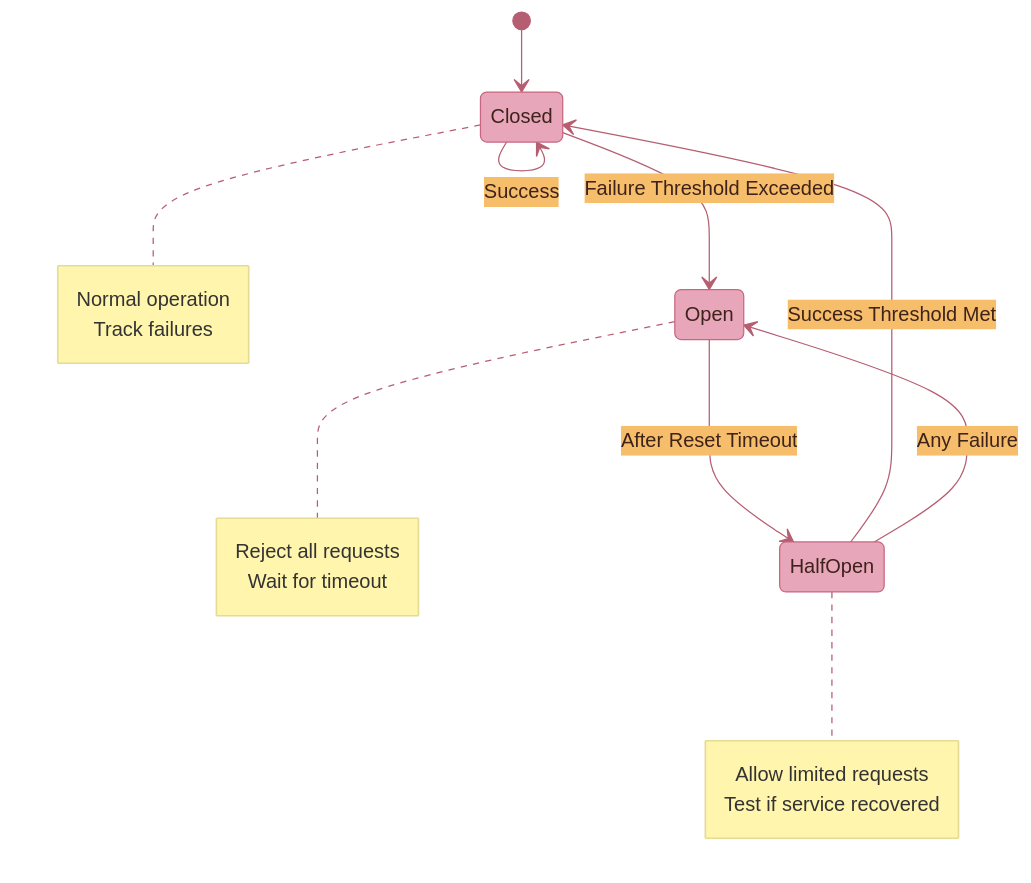
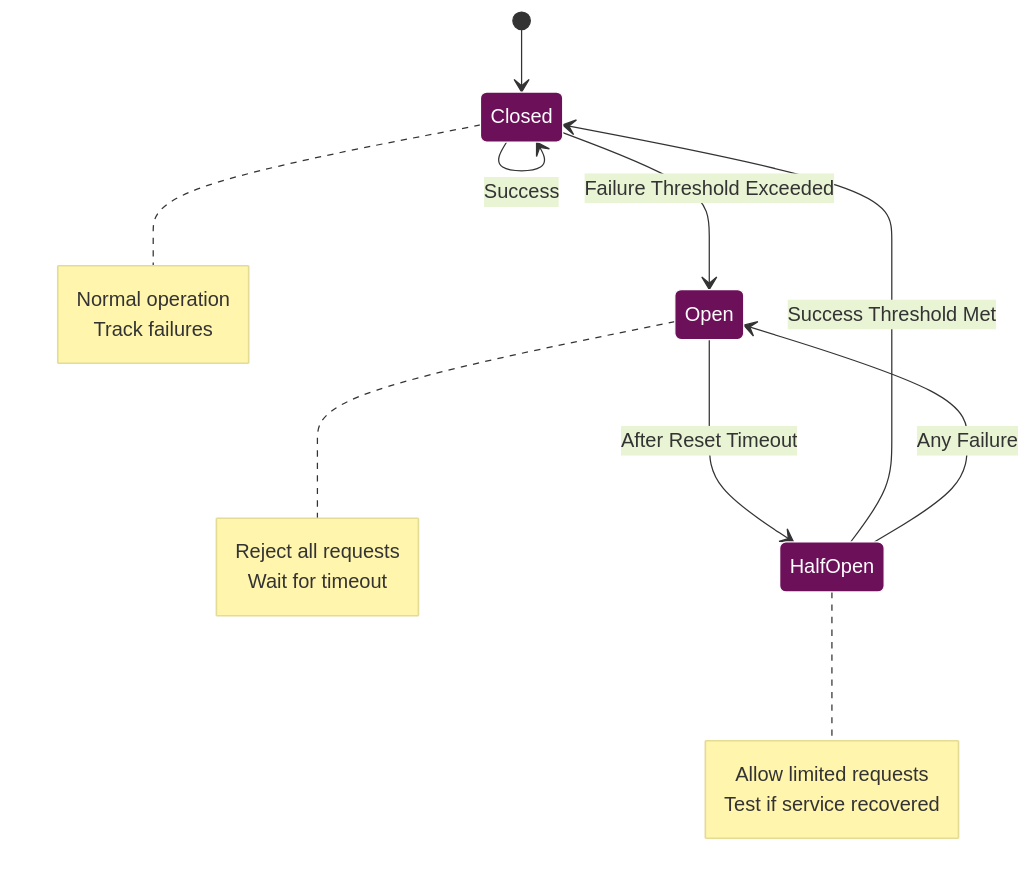
Before and after one commit to radicalkjax/Athena: diagram 13 of 24 in docs/ARCHITECTURE.md, drawn with Mermaid. The commit also changed other lines of this file and 27 other files, not shown here.

Commit message:
Introduction of expo package manager. Updated docs to reflect changes. Unified mermaid theme for docs.

````diff
--- a/docs/ARCHITECTURE.md
+++ b/docs/ARCHITECTURE.md
@@ -746,57 +832,80 @@
 ```mermaid
 %%{init: {
   'theme': 'base',
   'themeVariables': {
-    'primaryColor': '#E8A6BA',
-    'primaryTextColor': '#3E231A',
-    'primaryBorderColor': '#C86681',
-    'lineColor': '#B65E71',
-    'secondaryColor': '#F6BD6B',
-    'tertiaryColor': '#D58C61',
-    'background': '#FFFFFF',
-    'mainBkg': '#E8A6BA',
-    'secondBkg': '#F6BD6B',
-    'tertiaryBkg': '#D58C61',
-    'textColor': '#3E231A',
+    'primaryColor': '#6d105a',
+    'primaryTextColor': '#ffffff',
+    'primaryBorderColor': '#ffffff',
+    'lineColor': '#333333',
+    'secondaryColor': '#e8f4d4',
+    'secondaryTextColor': '#333333',
+    'secondaryBorderColor': '#333333',
+    'tertiaryColor': '#f9d0c4',
+    'tertiaryTextColor': '#333333',
+    'tertiaryBorderColor': '#333333',
+    'background': '#ffffff',
+    'mainBkg': '#6d105a',
+    'secondBkg': '#e8f4d4',
+    'tertiaryBkg': '#f9d0c4',
+    'textColor': '#333333',
     'fontFamily': 'Arial, sans-serif'
   }
 }}%%
 %%{init: {
+  'theme': 'base',
+  'themeVariables': {
+    'primaryColor': '#6d105a',
+    'primaryTextColor': '#ffffff',
+    'primaryBorderColor': '#ffffff',
+    'lineColor': '#333333',
+    'secondaryColor': '#e8f4d4',
+    'secondaryTextColor': '#333333',
+    'secondaryBorderColor': '#333333',
+    'tertiaryColor': '#f9d0c4',
+    'tertiaryTextColor': '#333333',
+    'tertiaryBorderColor': '#333333',
+    'background': '#ffffff',
+    'mainBkg': '#6d105a',
+    'secondBkg': '#e8f4d4',
+    'tertiaryBkg': '#f9d0c4',
+    'textColor': '#333333',
+    'fontFamily': 'Arial, sans-serif'
+  },
   'state': {
     'dividerMargin': 10,
     'sizeUnit': 5,
     'padding': 8,
     'textHeight': 10,
     'titleShift': -15,
     'noteMargin': 10,
     'forkWidth': 70,
     'forkHeight': 7,
     'miniPadding': 2
   }
 }}%%
 stateDiagram-v2
     [*] --> Closed
     
     Closed --> Open: Failure Threshold Exceeded
     Closed --> Closed: Success
     
     Open --> HalfOpen: After Reset Timeout
     
     HalfOpen --> Closed: Success Threshold Met
     HalfOpen --> Open: Any Failure
     
     note right of Open
         Reject all requests
         Wait for timeout
     end note
     
     note right of HalfOpen
         Allow limited requests
         Test if service recovered
     end note
     
     note right of Closed
         Normal operation
         Track failures
     end note
 ```
````
